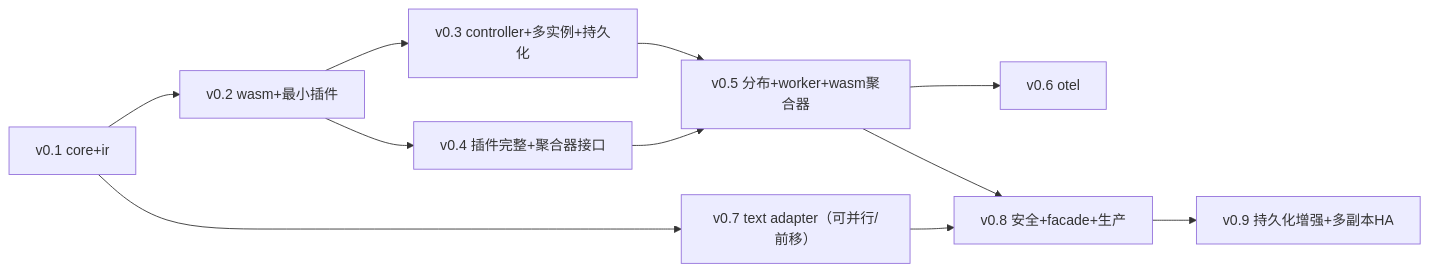
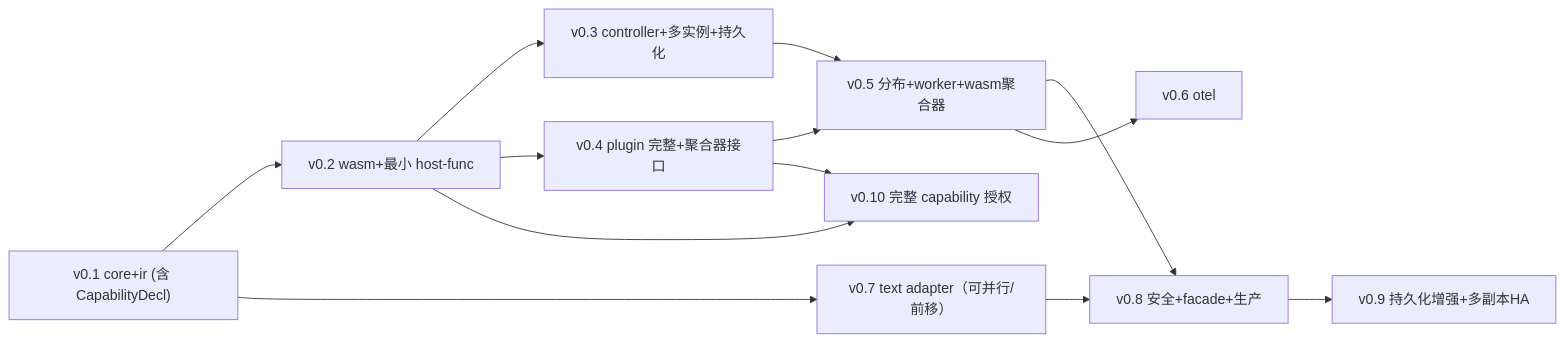
One commit to Hobr/Shiroha changed the diagram in .trellis/tasks/06-25-shiroha-arch/implement.md. Above: the diagram before and after it, drawn with Mermaid. The commit also changed other lines of this file and 5 other files, not shown here.

````diff
--- a/.trellis/tasks/06-25-shiroha-arch/implement.md
+++ b/.trellis/tasks/06-25-shiroha-arch/implement.md
@@ -29,23 +30,26 @@
 ```mermaid
 graph LR
-  v01["v0.1 core+ir"]
-  v02["v0.2 wasm+最小插件"]
+  v01["v0.1 core+ir (含 CapabilityDecl)"]
+  v02["v0.2 wasm+最小 host-func"]
   v03["v0.3 controller+多实例+持久化"]
-  v04["v0.4 插件完整+聚合器接口"]
+  v04["v0.4 plugin 完整+聚合器接口"]
   v05["v0.5 分布+worker+wasm聚合器"]
   v06["v0.6 otel"]
   v07["v0.7 text adapter（可并行/前移）"]
   v08["v0.8 安全+facade+生产"]
   v09["v0.9 持久化增强+多副本HA"]
+  v010["v0.10 完整 capability 授权"]
 
   v01 --> v02
   v01 --> v07
   v02 --> v03
   v02 --> v04
   v03 --> v05
   v04 --> v05
   v05 --> v08
   v05 --> v06
   v07 --> v08
   v08 --> v09
+  v02 --> v010
+  v04 --> v010
 ```
````
